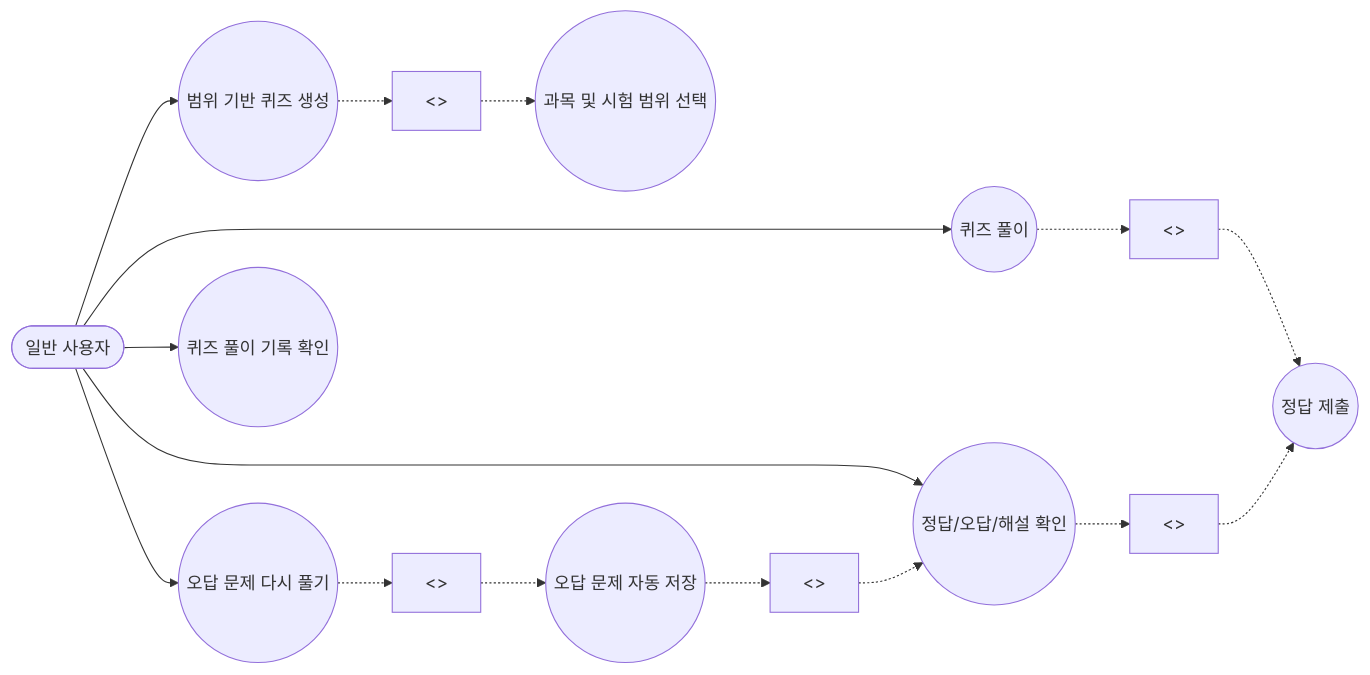
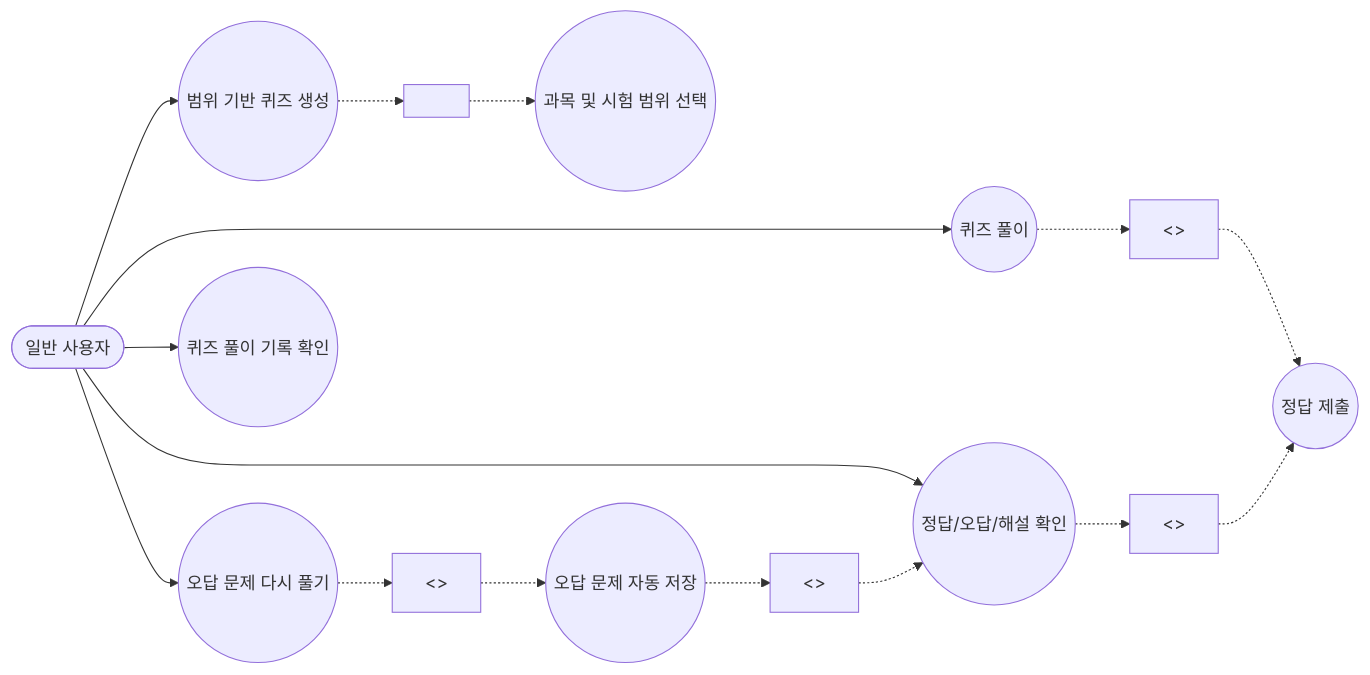
One commit to meaterick/sw-words changed the diagram in docs/M2/UML 다이어그램.md. Above: the diagram before and after it, drawn with Mermaid.

Commit message:
Fix include notation in UML diagram

````diff
--- a/docs/M2/UML 다이어그램.md
+++ b/docs/M2/UML 다이어그램.md
@@ -19,35 +19,35 @@
 ```mermaid
 flowchart LR
     User([일반 사용자])
 
     UC1((과목 및 시험 범위 선택))
     UC2((범위 기반 퀴즈 생성))
     UC3((퀴즈 풀이))
     UC4((정답 제출))
     UC5((정답/오답/해설 확인))
     UC6((오답 문제 자동 저장))
     UC7((오답 문제 다시 풀기))
     UC8((퀴즈 풀이 기록 확인))
 
-    INC1[<<include>>]
+    INC1[<include>]
     INC2[<<include>>]
     INC3[<<include>>]
 
     EXT1[<<extend>>]
     EXT2[<<extend>>]
 
     User --> UC2
     User --> UC3
     User --> UC5
     User --> UC7
     User --> UC8
 
     %% include 관계
     UC2 -.-> INC1 -.-> UC1
     UC3 -.-> INC2 -.-> UC4
     UC5 -.-> INC3 -.-> UC4
 
     %% extend 관계
     UC6 -.-> EXT1 -.-> UC5
     UC7 -.-> EXT2 -.-> UC6
 ```
````
